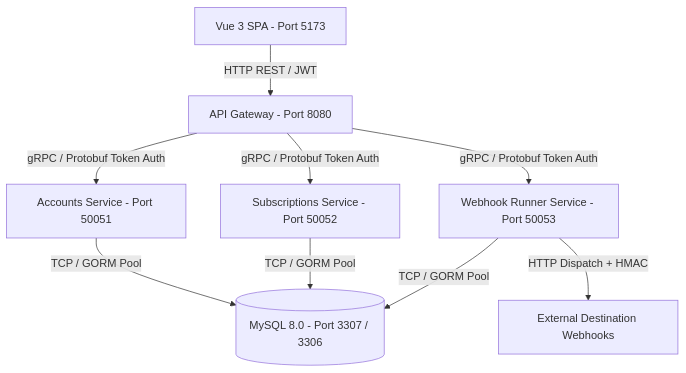
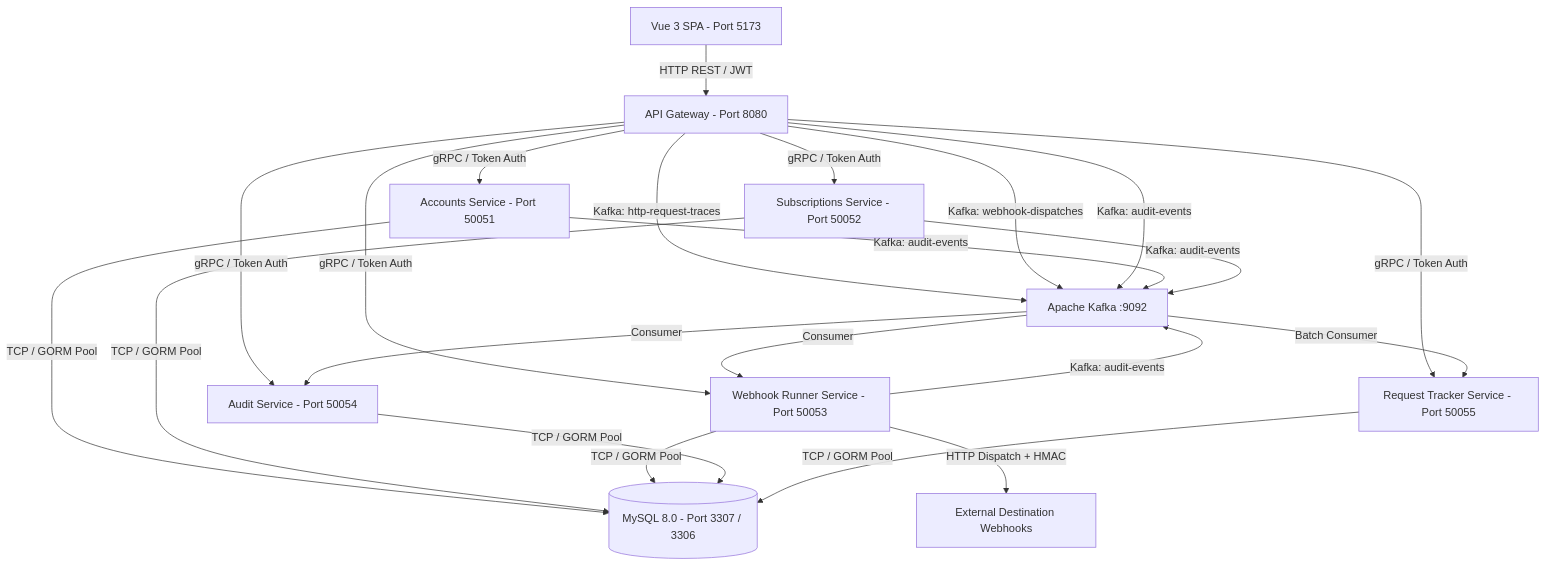
One commit to Ahmedfargh/webhook-runner changed the first of 2 diagrams in README.md. Above: the diagram before and after it, drawn with Mermaid. The commit also changed other lines of this file and 48 other files, not shown here.

Commit message:
feat: implement Request Tracker service with gRPC communication, telemetry integration, and frontend dashboard support

````diff
--- a/README.md
+++ b/README.md
@@ -9,11 +9,27 @@
 ```mermaid
 graph TB
     Client[Vue 3 SPA - Port 5173] -->|HTTP REST / JWT| Gateway[API Gateway - Port 8080]
-    Gateway -->|gRPC / Protobuf Token Auth| Accounts[Accounts Service - Port 50051]
-    Gateway -->|gRPC / Protobuf Token Auth| Subscriptions[Subscriptions Service - Port 50052]
-    Gateway -->|gRPC / Protobuf Token Auth| Runner[Webhook Runner Service - Port 50053]
+    Gateway -->|gRPC / Token Auth| Accounts[Accounts Service - Port 50051]
+    Gateway -->|gRPC / Token Auth| Subscriptions[Subscriptions Service - Port 50052]
+    Gateway -->|gRPC / Token Auth| Runner[Webhook Runner Service - Port 50053]
+    Gateway -->|gRPC / Token Auth| Audit[Audit Service - Port 50054]
+    Gateway -->|gRPC / Token Auth| Tracker[Request Tracker Service - Port 50055]
+    
+    Gateway -->|Kafka: http-request-traces| Kafka[Apache Kafka :9092]
+    Gateway -->|Kafka: webhook-dispatches| Kafka
+    Gateway -->|Kafka: audit-events| Kafka
+    Accounts -->|Kafka: audit-events| Kafka
+    Subscriptions -->|Kafka: audit-events| Kafka
+    Runner -->|Kafka: audit-events| Kafka
+
+    Kafka -->|Batch Consumer| Tracker
+    Kafka -->|Consumer| Audit
+    Kafka -->|Consumer| Runner
+
     Accounts -->|TCP / GORM Pool| MySQL[(MySQL 8.0 - Port 3307 / 3306)]
     Subscriptions -->|TCP / GORM Pool| MySQL
     Runner -->|TCP / GORM Pool| MySQL
+    Audit -->|TCP / GORM Pool| MySQL
+    Tracker -->|TCP / GORM Pool| MySQL
     Runner -->|HTTP Dispatch + HMAC| Consumers[External Destination Webhooks]
 ```
````
